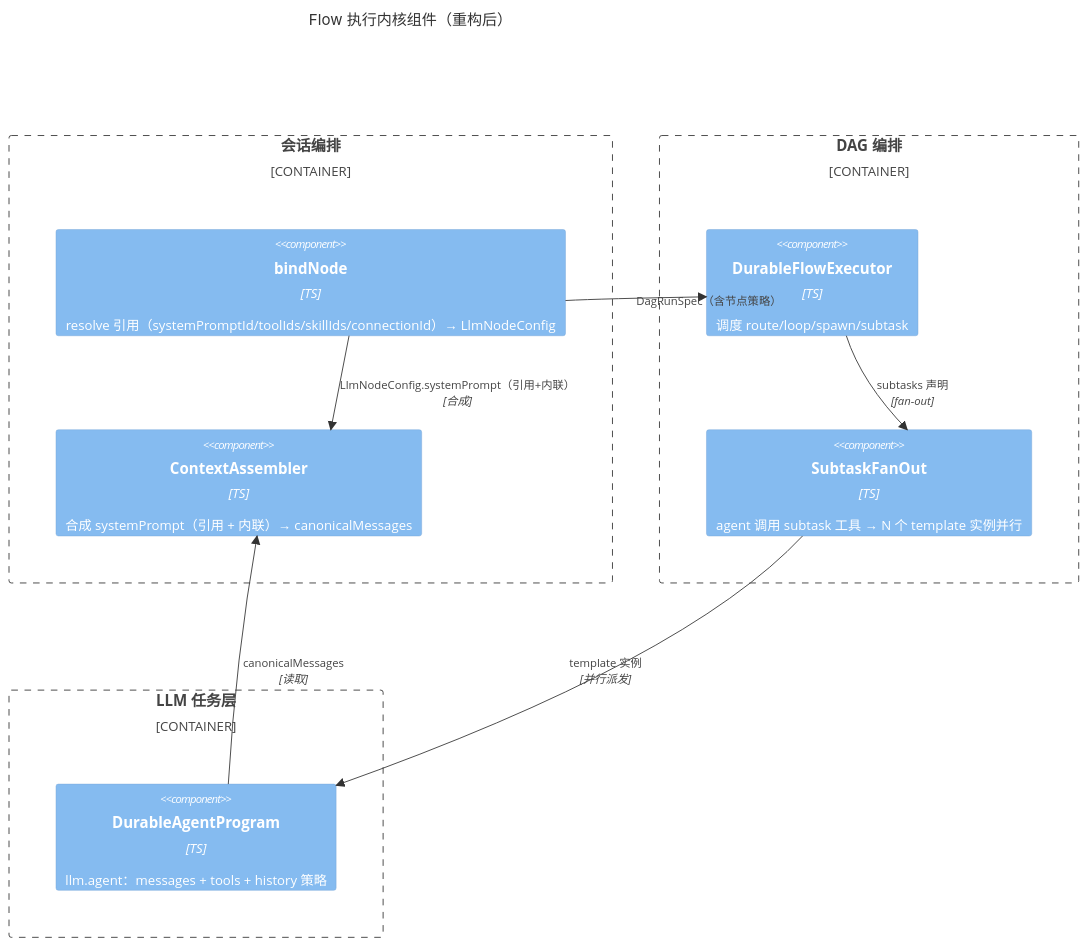
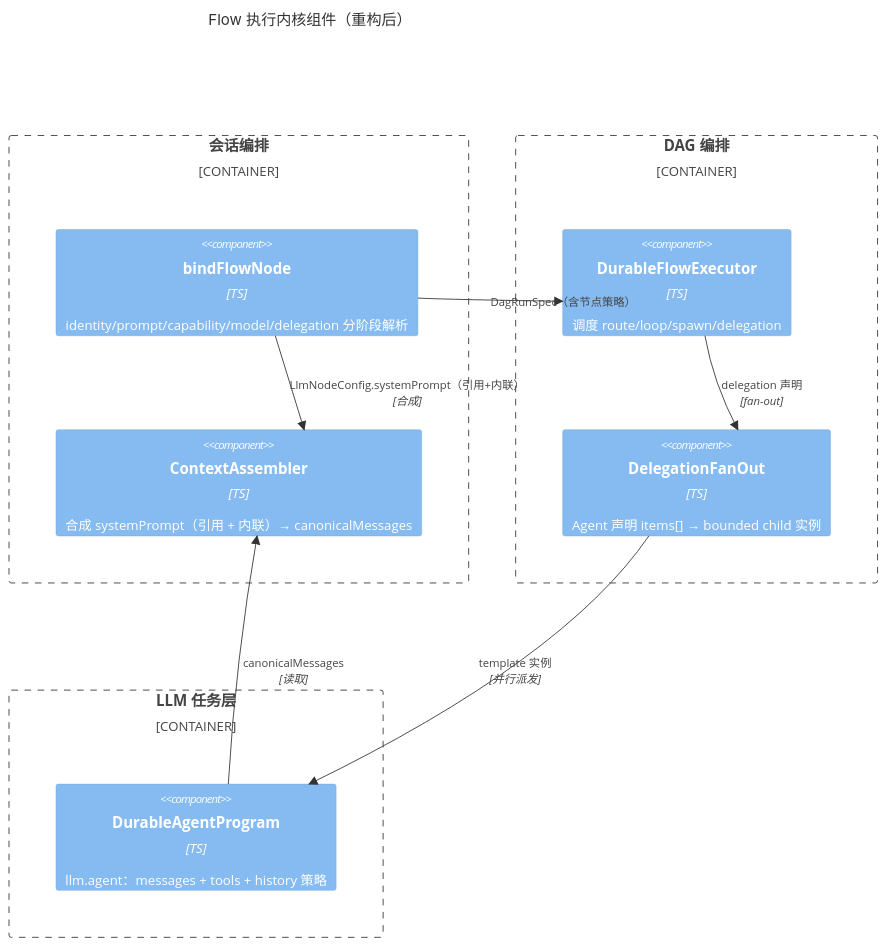
Before and after one commit to mushuanli/itookit: the third of 4 diagrams in doc/design/flow-execution-model.md, drawn with Mermaid. The commit also changed other lines of this file and 46 other files, not shown here.

First line of the commit message:
feat(flow): add structured delegation and flow-level agent defaults

````diff
--- a/doc/design/flow-execution-model.md
+++ b/doc/design/flow-execution-model.md
@@ -203,24 +245,24 @@
 ```mermaid
 C4Component
     title Flow 执行内核组件（重构后）
 
     Container_Boundary(coord, "会话编排") {
-        Component(bind, "bindNode", "TS", "resolve 引用（systemPromptId/toolIds/skillIds/connectionId）→ LlmNodeConfig")
+        Component(bind, "bindFlowNode", "TS", "identity/prompt/capability/model/delegation 分阶段解析")
         Component(snapshot, "ContextAssembler", "TS", "合成 systemPrompt（引用 + 内联）→ canonicalMessages")
     }
 
     Container_Boundary(flow, "DAG 编排") {
-        Component(exec, "DurableFlowExecutor", "TS", "调度 route/loop/spawn/subtask")
-        Component(sub, "SubtaskFanOut", "TS", "agent 调用 subtask 工具 → N 个 template 实例并行")
+        Component(exec, "DurableFlowExecutor", "TS", "调度 route/loop/spawn/delegation")
+        Component(sub, "DelegationFanOut", "TS", "Agent 声明 items[] → bounded child 实例")
     }
 
     Container_Boundary(tasks, "LLM 任务层") {
         Component(agent, "DurableAgentProgram", "TS", "llm.agent：messages + tools + history 策略")
     }
 
     Rel(bind, snapshot, "LlmNodeConfig.systemPrompt（引用+内联）", "合成")
     Rel(bind, exec, "DagRunSpec（含节点策略）")
-    Rel(exec, sub, "subtasks 声明", "fan-out")
+    Rel(exec, sub, "delegation 声明", "fan-out")
     Rel(sub, agent, "template 实例", "并行派发")
     Rel(agent, snapshot, "canonicalMessages", "读取")
 ```
````
